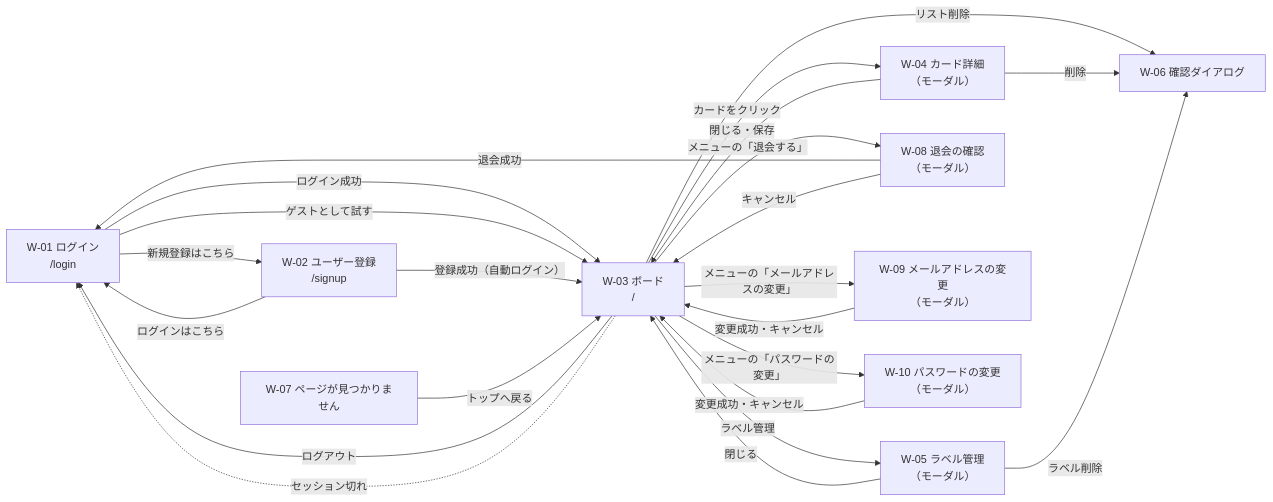
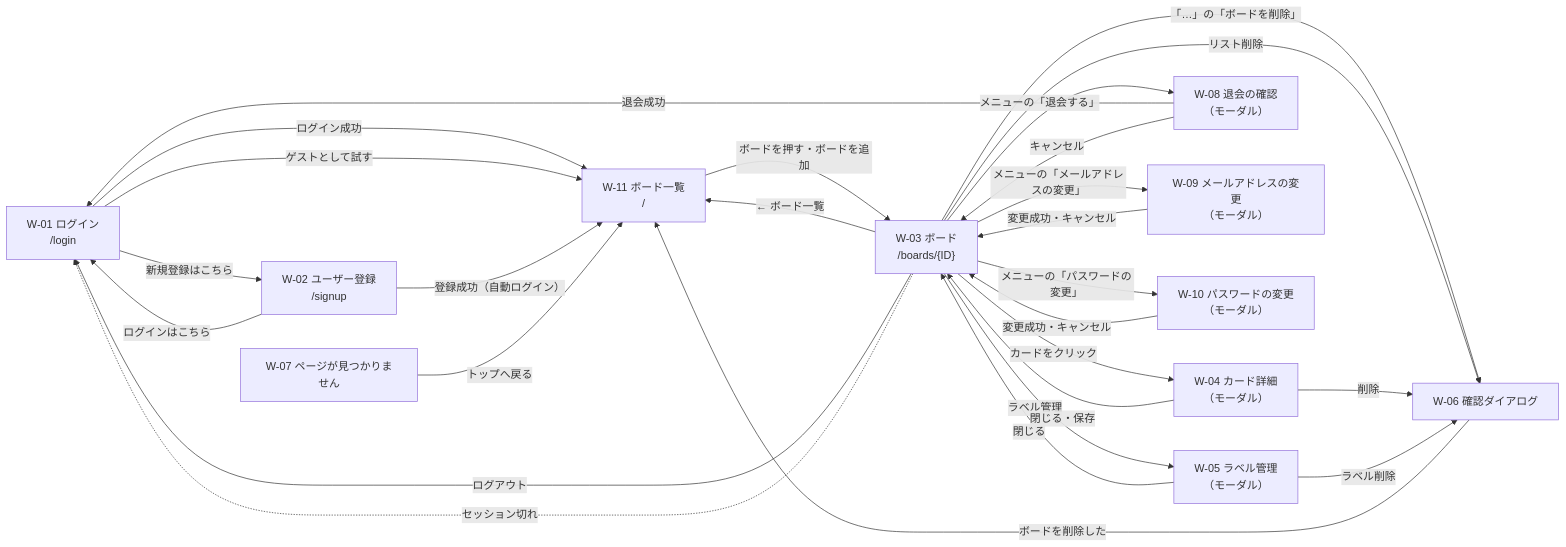
The diagram in docs/screen-design.md (keiwebcreate/raise-tech-beginner-edition), drawn with Mermaid before and after one commit. The commit also changed other lines of this file and 56 other files, not shown here.

````diff
--- a/docs/screen-design.md
+++ b/docs/screen-design.md
@@ -33,36 +34,41 @@
 ```mermaid
 flowchart LR
     login["W-01 ログイン<br>/login"]
     signup["W-02 ユーザー登録<br>/signup"]
-    board["W-03 ボード<br>/"]
+    list["W-11 ボード一覧<br>/"]
+    board["W-03 ボード<br>/boards/{ID}"]
     card["W-04 カード詳細<br>（モーダル）"]
     label["W-05 ラベル管理<br>（モーダル）"]
     confirm["W-06 確認ダイアログ"]
     notfound["W-07 ページが見つかりません"]
     withdraw["W-08 退会の確認<br>（モーダル）"]
     email["W-09 メールアドレスの変更<br>（モーダル）"]
     password["W-10 パスワードの変更<br>（モーダル）"]
 
-    login -- "ログイン成功" --> board
-    login -- "ゲストとして試す" --> board
+    login -- "ログイン成功" --> list
+    login -- "ゲストとして試す" --> list
     login -- "新規登録はこちら" --> signup
-    signup -- "登録成功（自動ログイン）" --> board
+    signup -- "登録成功（自動ログイン）" --> list
+    list -- "ボードを押す・ボードを追加" --> board
+    board -- "← ボード一覧" --> list
+    board -- "「…」の「ボードを削除」" --> confirm
+    confirm -- "ボードを削除した" --> list
     signup -- "ログインはこちら" --> login
     board -- "カードをクリック" --> card
     board -- "ラベル管理" --> label
     board -- "リスト削除" --> confirm
     card -- "削除" --> confirm
     card -- "閉じる・保存" --> board
     label -- "閉じる" --> board
     label -- "ラベル削除" --> confirm
     board -- "ログアウト" --> login
     board -- "メニューの「退会する」" --> withdraw
     withdraw -- "退会成功" --> login
     withdraw -- "キャンセル" --> board
     board -- "メニューの「メールアドレスの変更」" --> email
     email -- "変更成功・キャンセル" --> board
     board -- "メニューの「パスワードの変更」" --> password
     password -- "変更成功・キャンセル" --> board
     board -. "セッション切れ" .-> login
-    notfound -- "トップへ戻る" --> board
+    notfound -- "トップへ戻る" --> list
 ```
````
